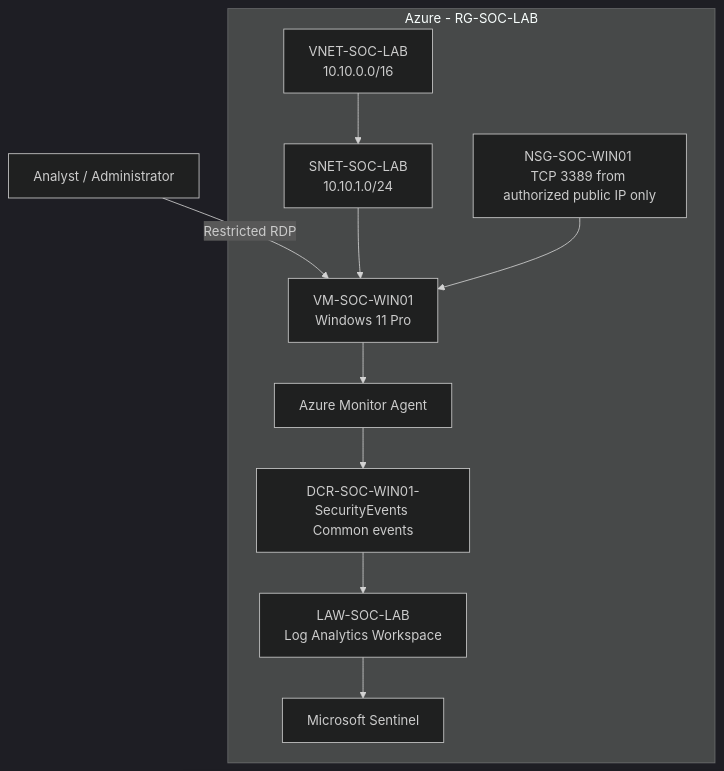
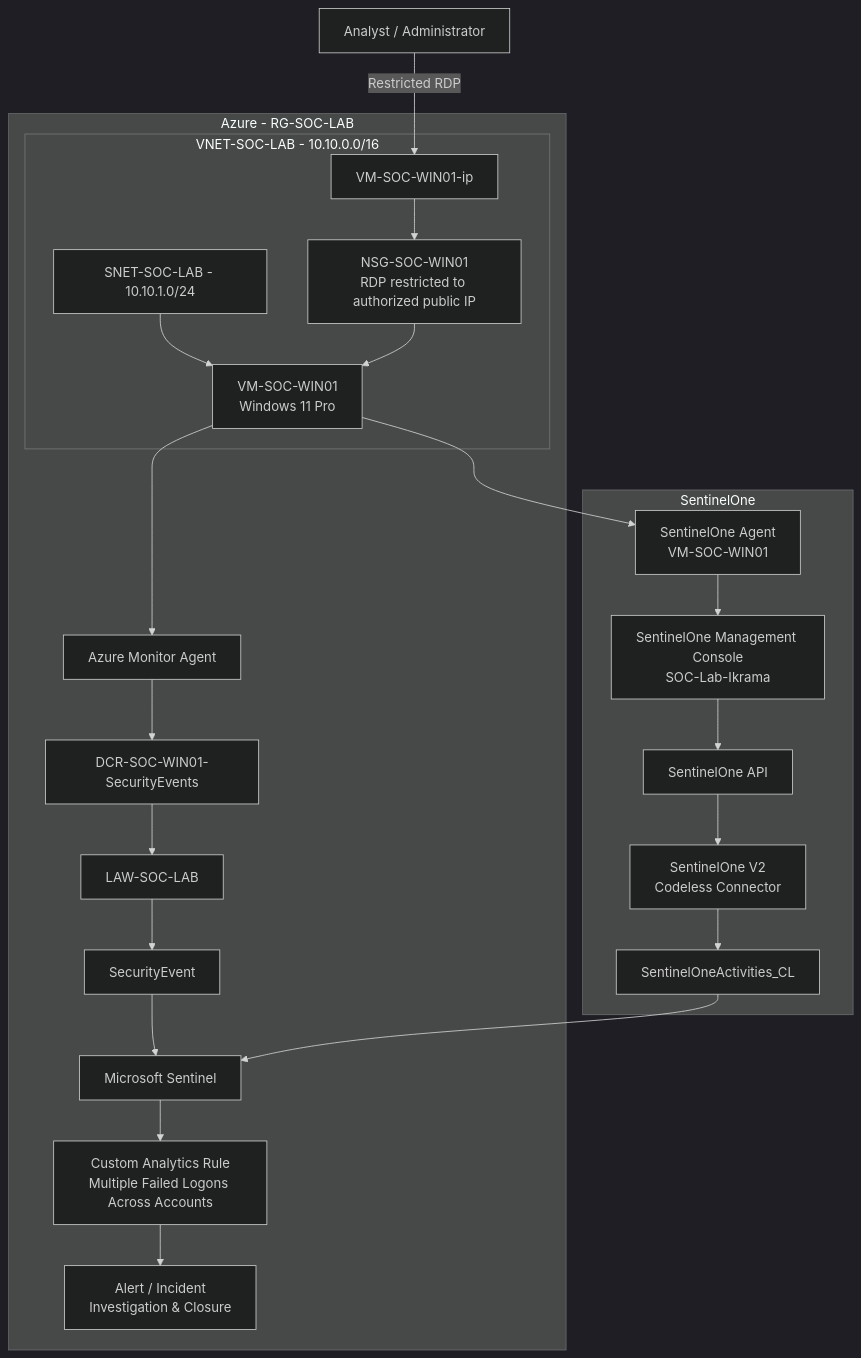
Before and after one commit to ikrama-01/SOC-Cloud-Security-Lab: the diagram in README.md, drawn with Mermaid (dark theme). The commit also changed other lines of this file, not shown here.

````diff
--- a/README.md
+++ b/README.md
@@ -31,23 +78,42 @@
 ```mermaid
 flowchart TB
-    U["Analyst / Administrator"] -->|"Restricted RDP"| VM["VM-SOC-WIN01 <br/>Windows 11 Pro"]
+    Analyst["Analyst / Administrator"]
 
     subgraph AZ["Azure - RG-SOC-LAB"]
-        VM
-        NSG["NSG-SOC-WIN01 <br/>TCP 3389 from authorized public IP only"]
-        VNET["VNET-SOC-LAB <br/>10.10.0.0/16"]
-        SUB["SNET-SOC-LAB <br/>10.10.1.0/24"]
-        LAW["LAW-SOC-LAB <br/>Log Analytics Workspace"]
+        subgraph NET["VNET-SOC-LAB - 10.10.0.0/16"]
+            SUB["SNET-SOC-LAB - 10.10.1.0/24"]
+            VM["VM-SOC-WIN01<br/>Windows 11 Pro"]
+            NSG["NSG-SOC-WIN01<br/>RDP restricted to authorized public IP"]
+            PIP["VM-SOC-WIN01-ip"]
+            SUB --> VM
+            PIP --> NSG
+            NSG --> VM
+        end
+
+        AMA["Azure Monitor Agent"]
+        DCR["DCR-SOC-WIN01-SecurityEvents"]
+        LAW["LAW-SOC-LAB"]
+        SE["SecurityEvent"]
         SENT["Microsoft Sentinel"]
-        DCR["DCR-SOC-WIN01-SecurityEvents <br/>Common events"]
-        AMA["Azure Monitor Agent"]
+        RULE["Custom Analytics Rule<br/>Multiple Failed Logons Across Accounts"]
+        INC["Alert / Incident<br/>Investigation & Closure"]
     end
 
-    VNET --> SUB
-    SUB --> VM
-    NSG --> VM
-    VM --> AMA
-    AMA --> DCR
-    DCR --> LAW
-    LAW --> SENT
+    subgraph S1["SentinelOne"]
+        AGENT["SentinelOne Agent<br/>VM-SOC-WIN01"]
+        CONSOLE["SentinelOne Management Console<br/>SOC-Lab-Ikrama"]
+        API["SentinelOne API"]
+        CONN["SentinelOne V2<br/>Codeless Connector"]
+        ACT["SentinelOneActivities_CL"]
+    end
+
+    Analyst -->|"Restricted RDP"| PIP
+
+    VM --> AMA --> DCR --> LAW --> SE --> SENT
+    SENT --> RULE --> INC
+
+    VM --> AGENT
+    AGENT --> CONSOLE
+    CONSOLE --> API
+    API --> CONN --> ACT --> SENT
 ```
````
